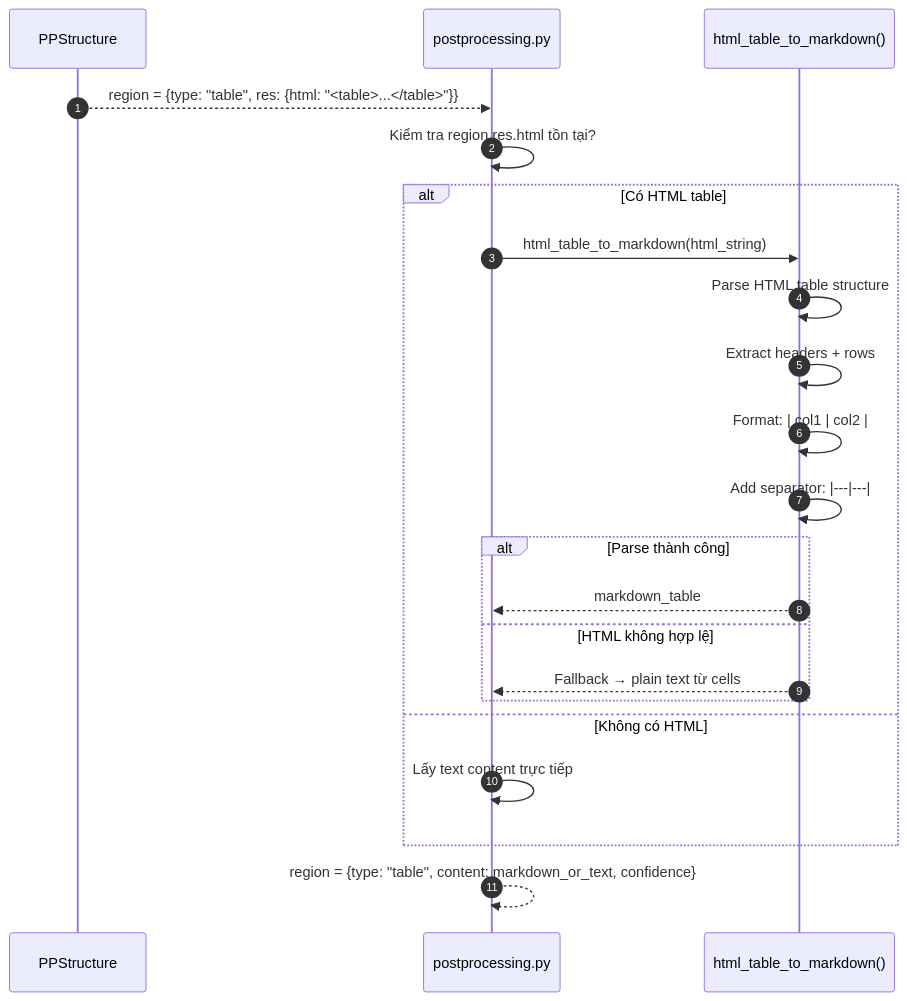
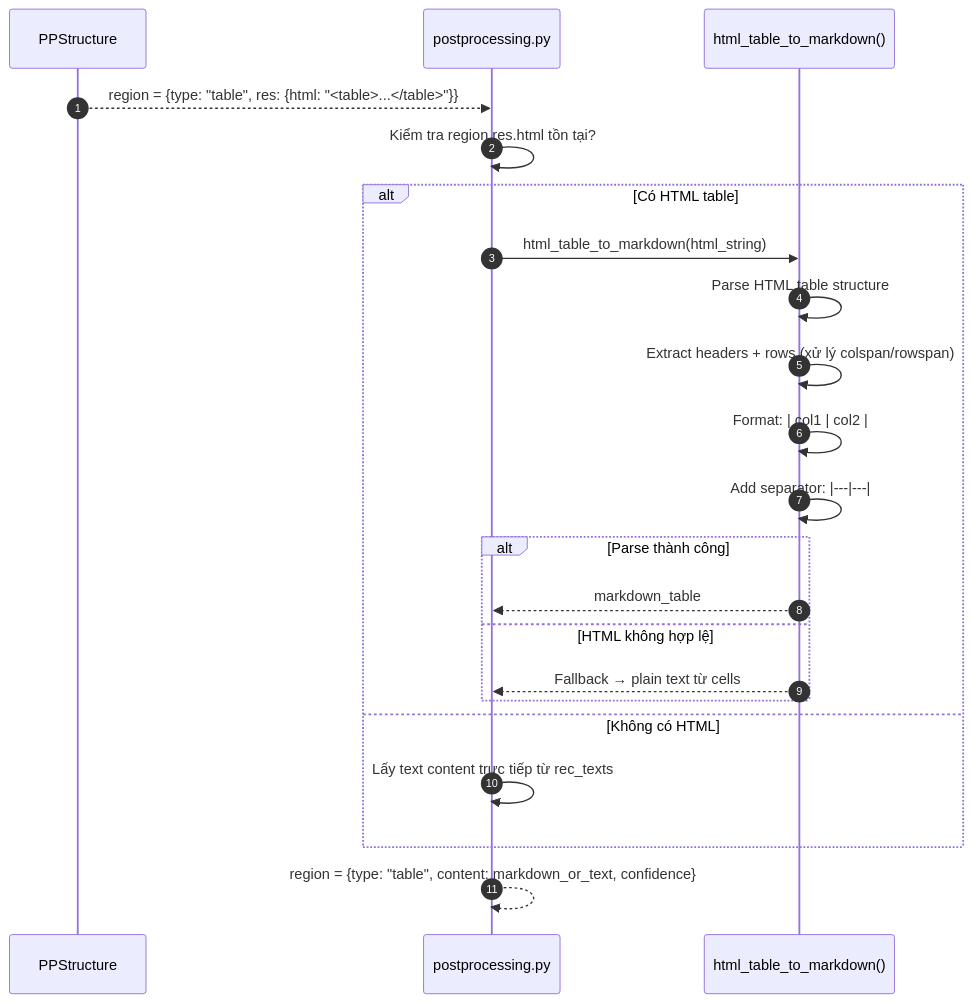
Before and after one commit to decavow/OCR: the third of 3 diagrams in 03_worker/app/engines/paddle_vl/SEQUENCE_DIAGRAM.md, drawn with Mermaid. The commit also changed other lines of this file and 55 other files, not shown here.

````diff
--- a/03_worker/app/engines/paddle_vl/SEQUENCE_DIAGRAM.md
+++ b/03_worker/app/engines/paddle_vl/SEQUENCE_DIAGRAM.md
@@ -195,29 +221,29 @@
 ```mermaid
 %%{init: {'theme': 'default'}}%%
 sequenceDiagram
     autonumber
     participant PPStruct as PPStructure
     participant Post as postprocessing.py
     participant Conv as html_table_to_markdown()
 
     PPStruct-->>Post: region = {type: "table", res: {html: "<table>...</table>"}}
 
     Post->>Post: Kiểm tra region.res.html tồn tại?
 
     alt Có HTML table
         Post->>Conv: html_table_to_markdown(html_string)
         Conv->>Conv: Parse HTML table structure
-        Conv->>Conv: Extract headers + rows
+        Conv->>Conv: Extract headers + rows (xử lý colspan/rowspan)
         Conv->>Conv: Format: | col1 | col2 |
         Conv->>Conv: Add separator: |---|---|
         alt Parse thành công
             Conv-->>Post: markdown_table
         else HTML không hợp lệ
             Conv-->>Post: Fallback → plain text từ cells
         end
     else Không có HTML
-        Post->>Post: Lấy text content trực tiếp
+        Post->>Post: Lấy text content trực tiếp từ rec_texts
     end
 
     Post-->>Post: region = {type: "table", content: markdown_or_text, confidence}
 ```
````
